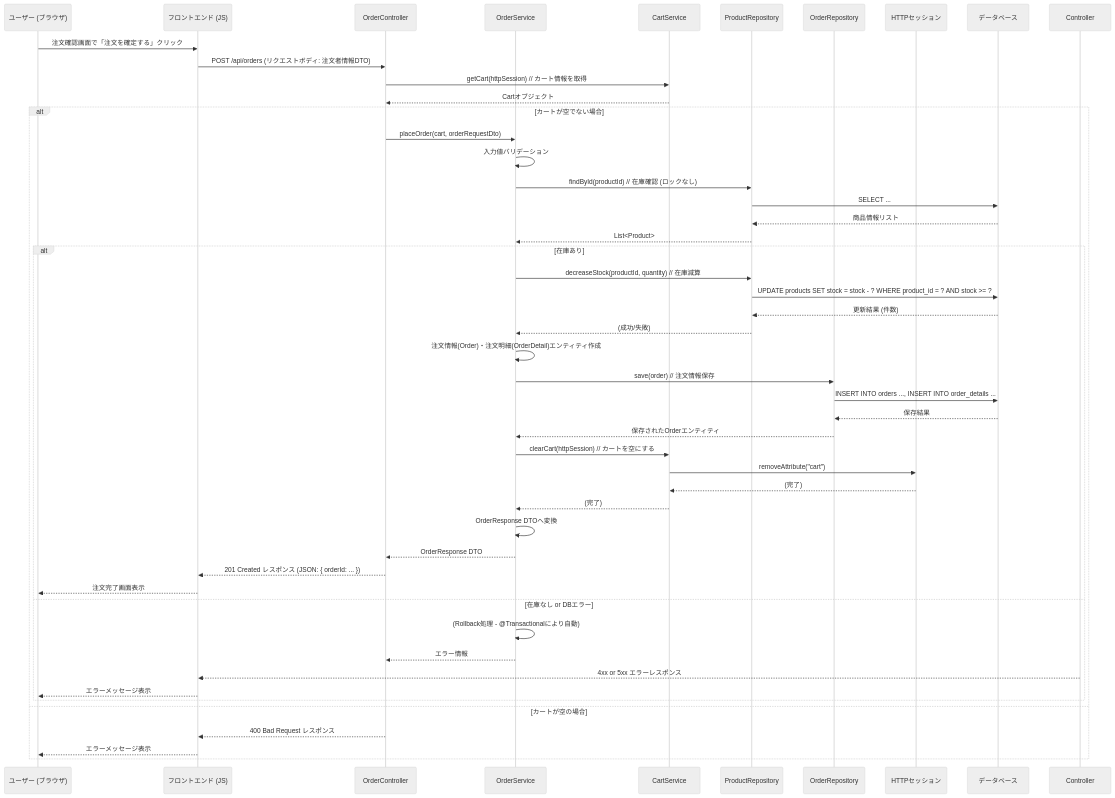
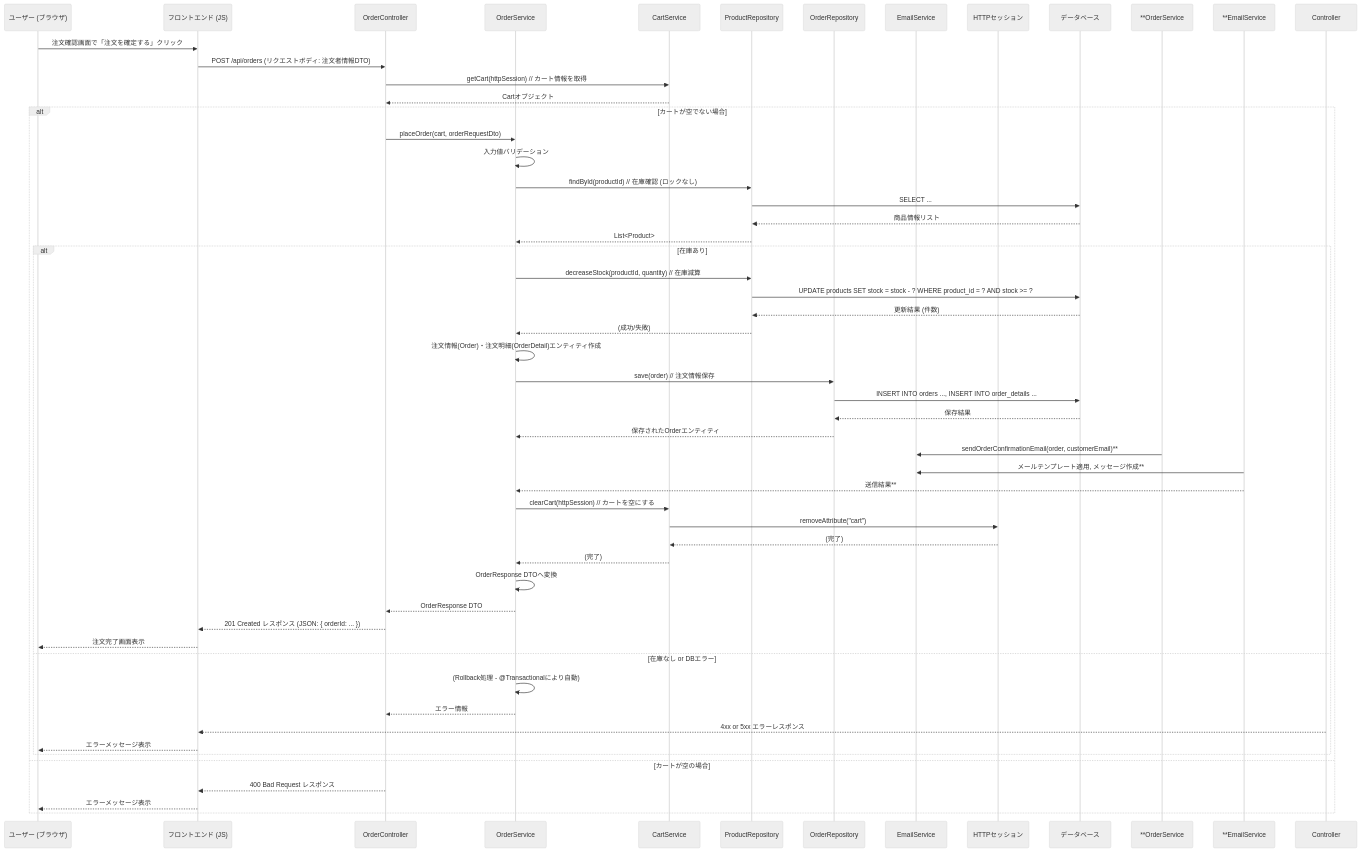
The seventh of 18 diagrams in 詳細設計/詳細設計書の例（必須機能のみ）.md (natsumiumeda/Jobs), drawn with Mermaid (neutral theme) before and after one commit. The commit also changed other lines of this file, not shown here.

```diff
--- a/詳細設計/詳細設計書の例（必須機能のみ）.md
+++ b/詳細設計/詳細設計書の例（必須機能のみ）.md
@@ -261,56 +262,61 @@
 <div class="mermaid">
 sequenceDiagram
     participant User as ユーザー (ブラウザ)
     participant FE as フロントエンド (JS)
     participant OrderController
     participant OrderService
     participant CartService
     participant ProductRepository
     participant OrderRepository
+    participant EmailService
     participant HttpSession as HTTPセッション
     participant DB as データベース
 
     User->>FE: 注文確認画面で「注文を確定する」クリック
     FE->>OrderController: POST /api/orders (リクエストボディ: 注文者情報DTO)
     OrderController->>CartService: getCart(httpSession) // カート情報を取得
     CartService-->>OrderController: Cartオブジェクト
 
     alt カートが空でない場合
         OrderController->>OrderService: placeOrder(cart, orderRequestDto)
         OrderService->>OrderService: 入力値バリデーション
         OrderService->>ProductRepository: findById(productId) // 在庫確認 (ロックなし)
         ProductRepository->>DB: SELECT ...
         DB-->>ProductRepository: 商品情報リスト
         ProductRepository-->>OrderService: List<Product>
         alt 在庫あり
             OrderService->>ProductRepository: decreaseStock(productId, quantity) // 在庫減算
             ProductRepository->>DB: UPDATE products SET stock = stock - ? WHERE product_id = ? AND stock >= ?
             DB-->>ProductRepository: 更新結果 (件数)
             ProductRepository-->>OrderService: (成功/失敗)
 
             OrderService->>OrderService: 注文情報(Order)・注文明細(OrderDetail)エンティティ作成
             OrderService->>OrderRepository: save(order) // 注文情報保存
             OrderRepository->>DB: INSERT INTO orders ..., INSERT INTO order_details ...
             DB-->>OrderRepository: 保存結果
             OrderRepository-->>OrderService: 保存されたOrderエンティティ
 
+            **OrderService->>EmailService: sendOrderConfirmationEmail(order, customerEmail)**
+            **EmailService->>EmailService: メールテンプレート適用, メッセージ作成**
+            **EmailService-->>OrderService: 送信結果**
+
             OrderService->>CartService: clearCart(httpSession) // カートを空にする
             CartService->>HttpSession: removeAttribute("cart")
             HttpSession-->>CartService: (完了)
             CartService-->>OrderService: (完了)
 
             OrderService->>OrderService: OrderResponse DTOへ変換
             OrderService-->>OrderController: OrderResponse DTO
             OrderController-->>FE: 201 Created レスポンス (JSON: { orderId: ... })
             FE-->>User: 注文完了画面表示
         else 在庫なし or DBエラー
             OrderService->>OrderService: (Rollback処理 - @Transactionalにより自動)
             OrderService-->>OrderController: エラー情報
             Controller-->>FE: 4xx or 5xx エラーレスポンス
             FE-->>User: エラーメッセージ表示
         end
     else カートが空の場合
         OrderController-->>FE: 400 Bad Request レスポンス
         FE-->>User: エラーメッセージ表示
     end
 </div>
```
